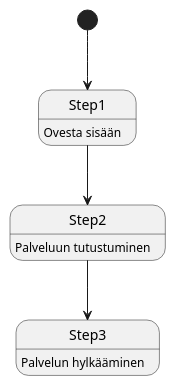
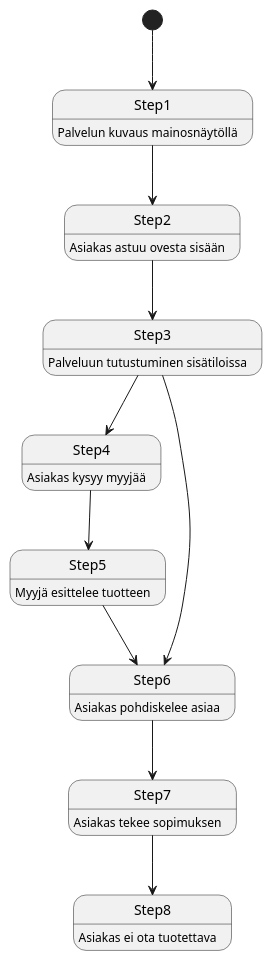
The second of 4 diagrams in dokumentit/20-Vaatimustenhallinta/vaatimusmaaritely-tiivis.md (ninaleo/ransut-core), drawn with PlantUML before and after one commit.

````diff
--- a/dokumentit/20-Vaatimustenhallinta/vaatimusmaaritely-tiivis.md
+++ b/dokumentit/20-Vaatimustenhallinta/vaatimusmaaritely-tiivis.md
@@ -93,9 +93,25 @@
 ```plantuml
-Step1: Ovesta sisään 
-Step2: Palveluun tutustuminen
-Step3: Palvelun hylkääminen
+
+Step1: Palvelun kuvaus mainosnäytöllä 
+Step2: Asiakas astuu ovesta sisään 
+Step3: Palveluun tutustuminen sisätiloissa
+Step4: Asiakas kysyy myyjää
+Step5: Myyjä esittelee tuotteen
+Step6: Asiakas pohdiskelee asiaa
+Step7: Asiakas tekee sopimuksen
+Step8: Asiakas ei ota tuotettava
+
+
+
 
 [*] --> Step1
 Step1 --> Step2
 Step2 --> Step3
+Step3 --> Step6
+Step3 --> Step4
+Step4 --> Step5
+Step5 --> Step6
+Step6 --> Step7
+Step7 --> Step8
+
 ```
````
